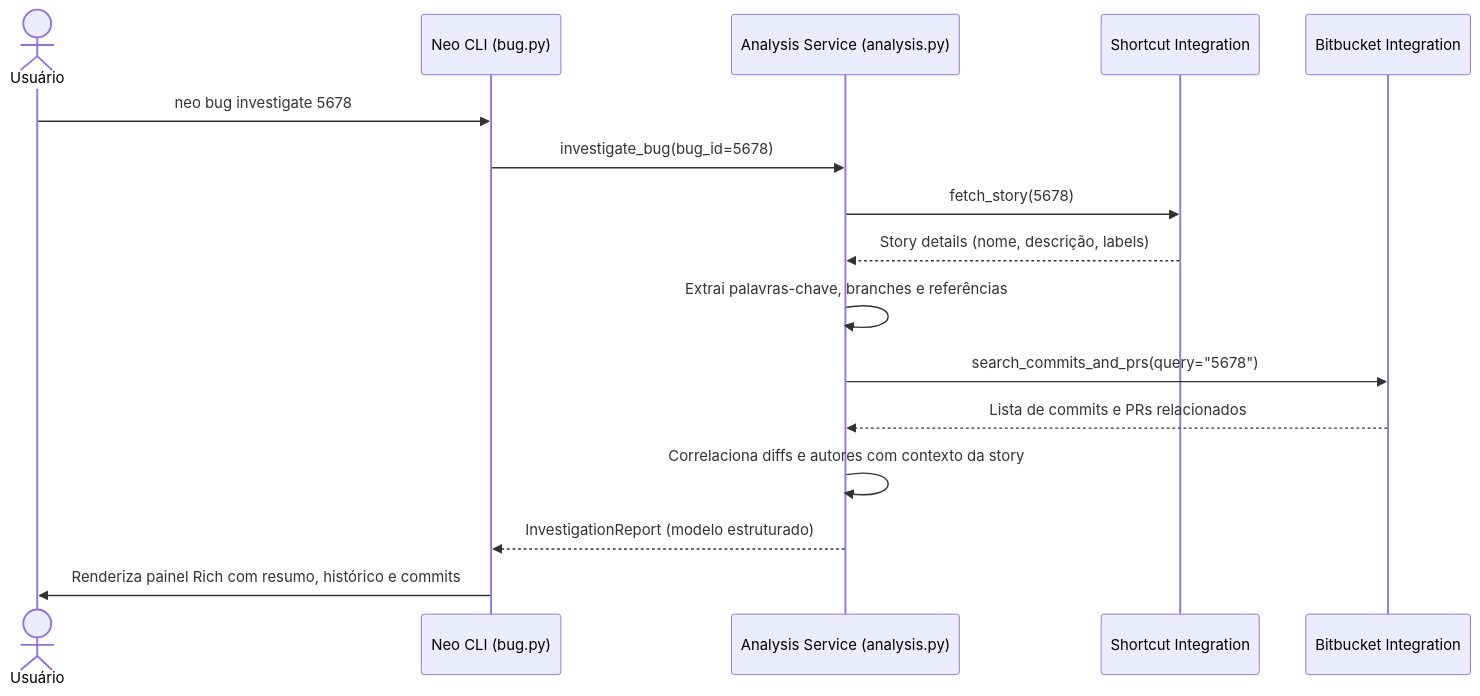
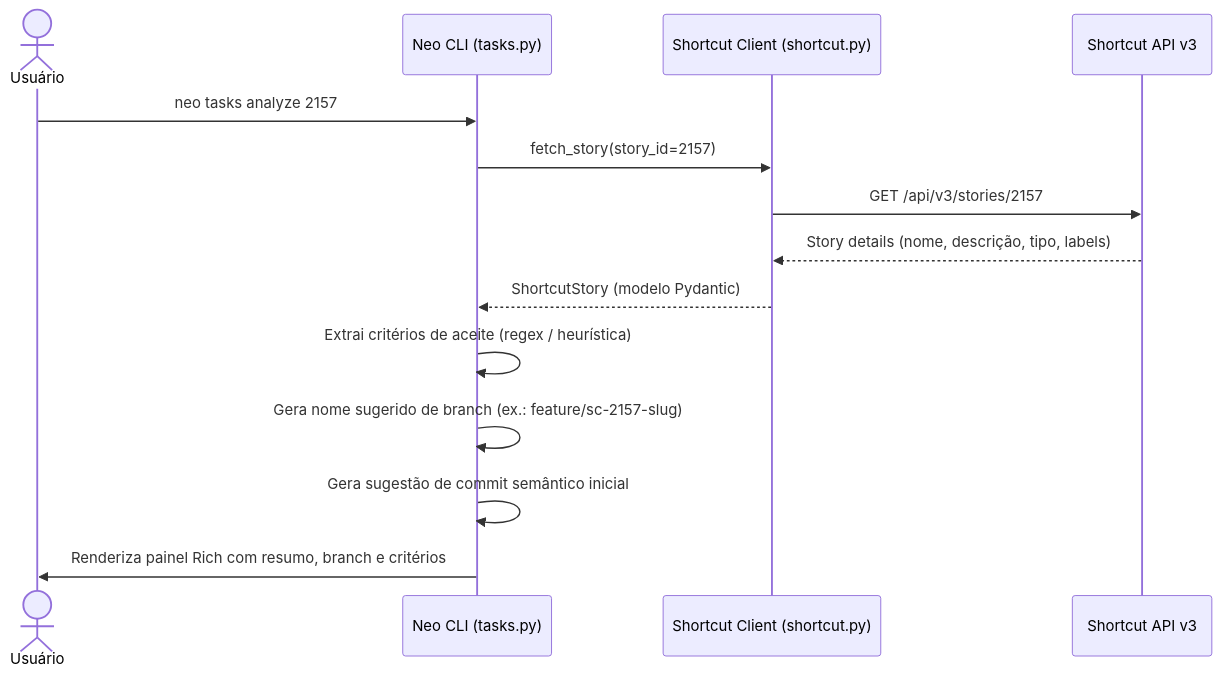
One commit to thalisonwilker/neo changed the second of 2 diagrams in docs/architecture/diagrams.md. Above: the diagram before and after it, drawn with Mermaid. The commit also changed other lines of this file and 30 other files, not shown here.

Commit message:
docs(architecture): atualiza overview, context-map, diagramas, README e TESTING com GitHub e Antigravity

````diff
--- a/docs/architecture/diagrams.md
+++ b/docs/architecture/diagrams.md
@@ -41,19 +49,17 @@
 ```mermaid
 sequenceDiagram
     actor Dev as Usuário
-    participant CLI as Neo CLI (bug.py)
-    participant Svc as Analysis Service (analysis.py)
-    participant SC as Shortcut Integration
-    participant BB as Bitbucket Integration
+    participant CLI as Neo CLI (tasks.py)
+    participant Svc as Shortcut Client (shortcut.py)
+    participant API as Shortcut API v3
 
-    Dev->>CLI: neo bug investigate 5678
-    CLI->>Svc: investigate_bug(bug_id=5678)
-    Svc->>SC: fetch_story(5678)
-    SC-->>Svc: Story details (nome, descrição, labels)
-    Svc->>Svc: Extrai palavras-chave, branches e referências
-    Svc->>BB: search_commits_and_prs(query="5678")
-    BB-->>Svc: Lista de commits e PRs relacionados
-    Svc->>Svc: Correlaciona diffs e autores com contexto da story
-    Svc-->>CLI: InvestigationReport (modelo estruturado)
-    CLI->>Dev: Renderiza painel Rich com resumo, histórico e commits
+    Dev->>CLI: neo tasks analyze 2157
+    CLI->>Svc: fetch_story(story_id=2157)
+    Svc->>API: GET /api/v3/stories/2157
+    API-->>Svc: Story details (nome, descrição, tipo, labels)
+    Svc-->>CLI: ShortcutStory (modelo Pydantic)
+    CLI->>CLI: Extrai critérios de aceite (regex / heurística)
+    CLI->>CLI: Gera nome sugerido de branch (ex.: feature/sc-2157-slug)
+    CLI->>CLI: Gera sugestão de commit semântico inicial
+    CLI->>Dev: Renderiza painel Rich com resumo, branch e critérios
 ```
````
